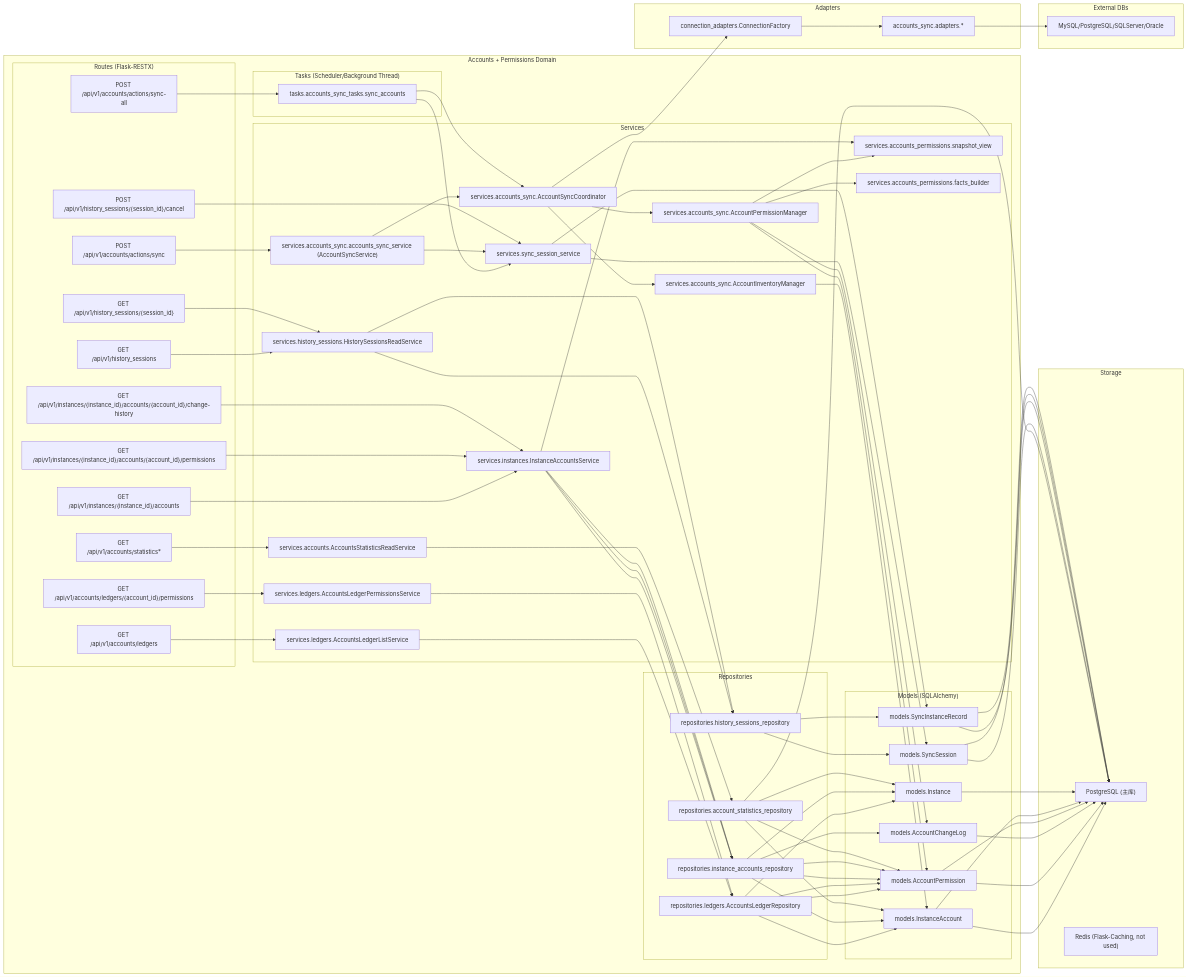
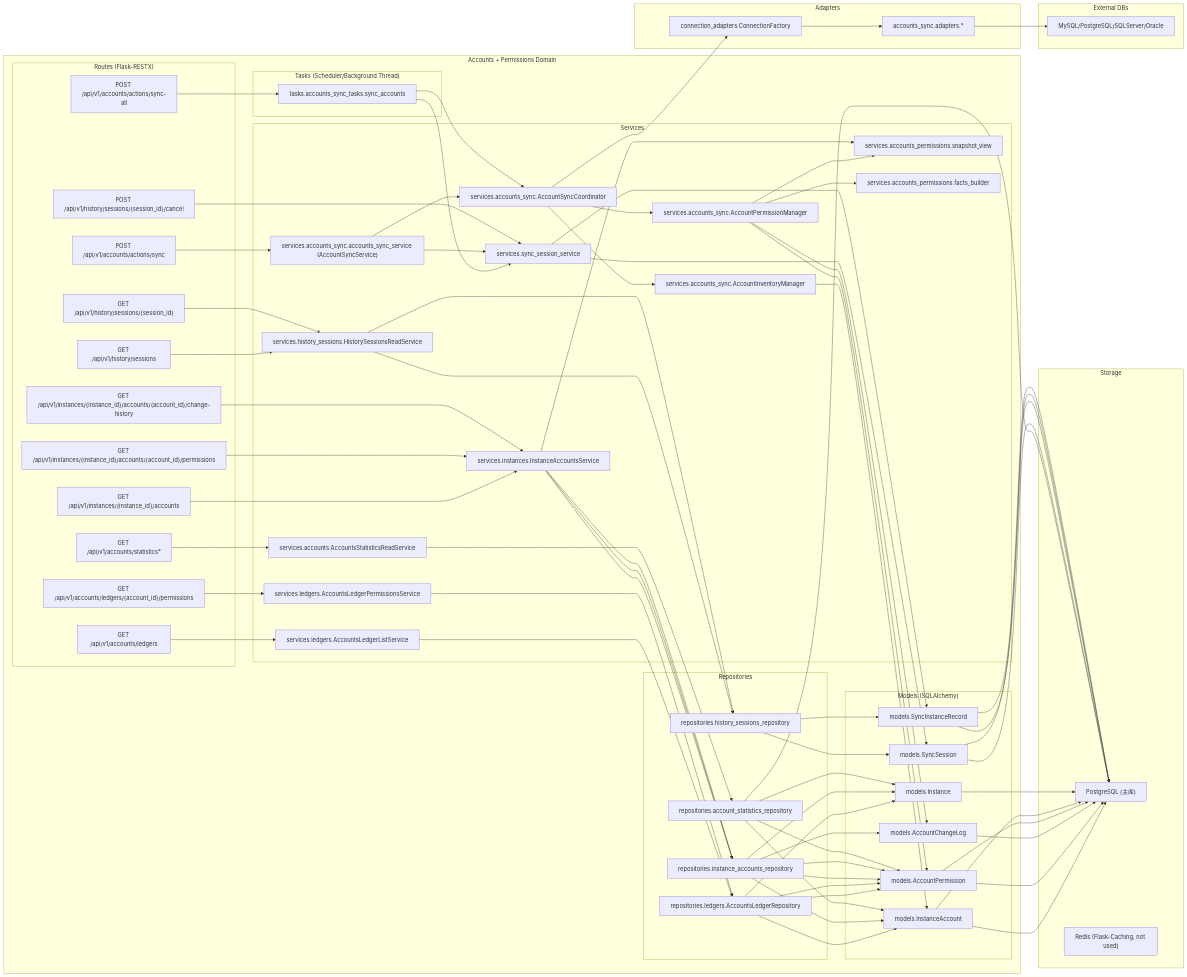
Before and after one commit to nyealovey/WhaleFall: the first of 11 diagrams in docs/architecture/accounts-permissions-domain.md, drawn with Mermaid. The commit also changed other lines of this file and 10 other files, not shown here.

```diff
--- a/docs/architecture/accounts-permissions-domain.md
+++ b/docs/architecture/accounts-permissions-domain.md
@@ -42,9 +42,9 @@
       InstPerm["GET /api/v1/instances/{instance_id}/accounts/{account_id}/permissions"]
       InstHistory["GET /api/v1/instances/{instance_id}/accounts/{account_id}/change-history"]
 
-      SessList["GET /api/v1/history_sessions"]
-      SessDetail["GET /api/v1/history_sessions/{session_id}"]
-      SessCancel["POST /api/v1/history_sessions/{session_id}/cancel"]
+      SessList["GET /api/v1/history/sessions"]
+      SessDetail["GET /api/v1/history/sessions/{session_id}"]
+      SessCancel["POST /api/v1/history/sessions/{session_id}/cancel"]
     end
 
     subgraph Tasks["Tasks (Scheduler/Background Thread)"]
```
